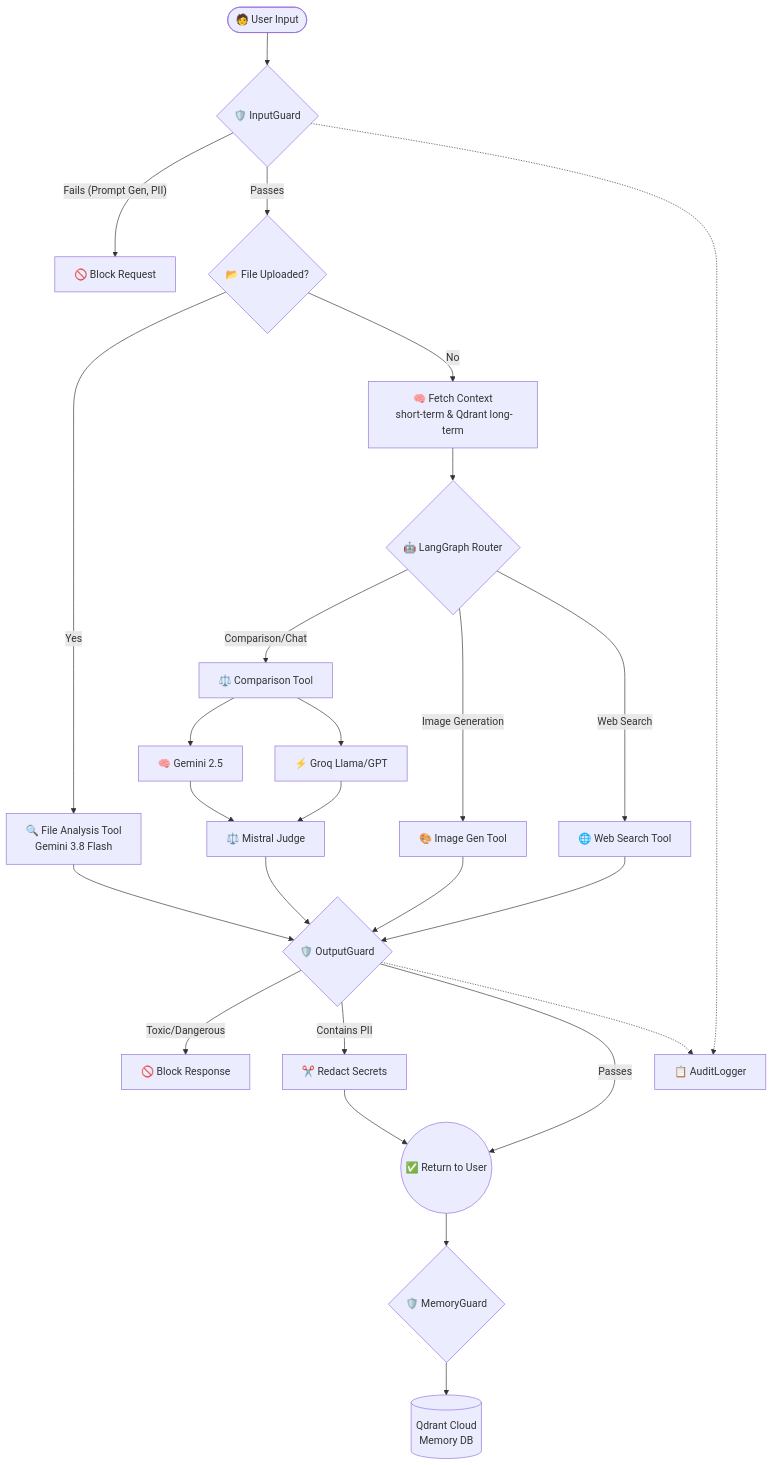
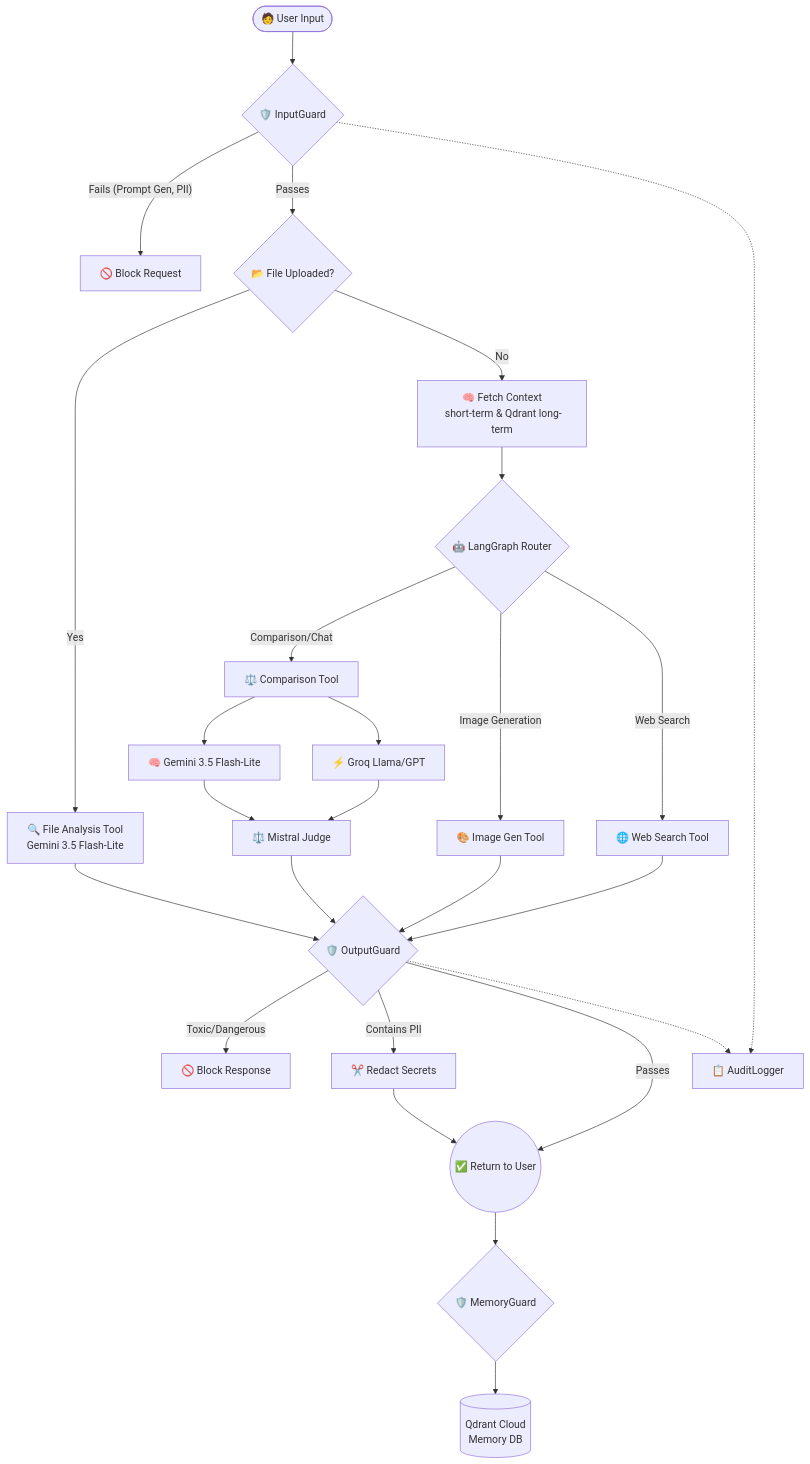
The diagram in updated_architecture.md (sounakss7/AGENT_MIND), drawn with Mermaid before and after one commit. The commit also changed 5 other files, not shown here.

Commit message:
feat(llm): switch Gemini model to gemini-3.5-flash-lite across project

````diff
--- a/updated_architecture.md
+++ b/updated_architecture.md
@@ -1,41 +1,41 @@
 ```mermaid
 flowchart TD
     User([🧑 User Input]) --> InputGuard{🛡️ InputGuard}
     
     %% Security Validation %%
     InputGuard -- "Fails (Prompt Gen, PII)" --> Block[🚫 Block Request]
     InputGuard -- "Passes" --> CheckFile{📂 File Uploaded?}
     
     %% Routing logic %%
-    CheckFile -- Yes --> FileTool[🔍 File Analysis Tool\n Gemini 3.8 Flash]
+    CheckFile -- Yes --> FileTool[🔍 File Analysis Tool\n Gemini 3.5 Flash-Lite]
     CheckFile -- No --> Context[🧠 Fetch Context\n short-term & Qdrant long-term]
     
     Context --> Router{🤖 LangGraph Router}
     
     %% Agent Branches %%
     Router -- "Comparison/Chat" --> Compare[⚖️ Comparison Tool]
     Router -- "Image Generation" --> Image[🎨 Image Gen Tool]
     Router -- "Web Search" --> Web[🌐 Web Search Tool]
     
     %% Compare Tool Details %%
-    Compare --> Gemini[🧠 Gemini 2.5]
+    Compare --> Gemini[🧠 Gemini 3.5 Flash-Lite]
     Compare --> Groq[⚡ Groq Llama/GPT]
     Gemini & Groq --> Mistral[⚖️ Mistral Judge]
     
     %% Gathering Results %%
     FileTool & Mistral & Image & Web --> OutputGuard{🛡️ OutputGuard}
     
     %% Output Validation %%
     OutputGuard -- "Toxic/Dangerous" --> BlockResponse[🚫 Block Response]
     OutputGuard -- "Contains PII" --> Redact[✂️ Redact Secrets]
     OutputGuard -- "Passes" --> Result((✅ Return to User))
     Redact --> Result
     
     %% Memory Saving %%
     Result --> MemoryGuard{🛡️ MemoryGuard}
     MemoryGuard --> SaveVector[(Qdrant Cloud\n Memory DB)]
     
     %% Audit %%
     InputGuard -.-> Audit[📋 AuditLogger]
     OutputGuard -.-> Audit
 ```
````
